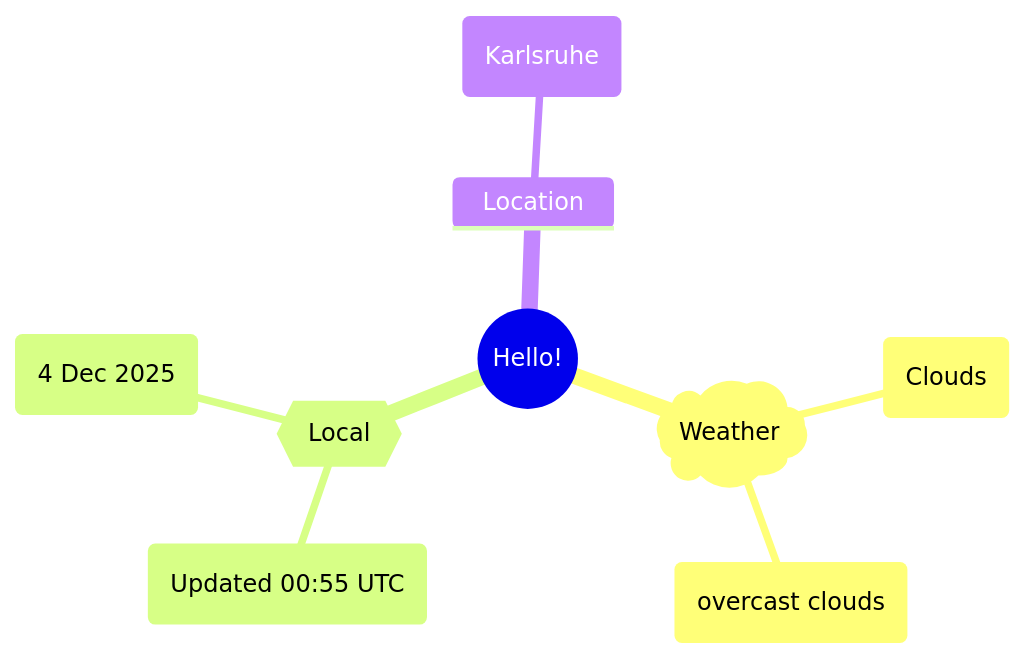
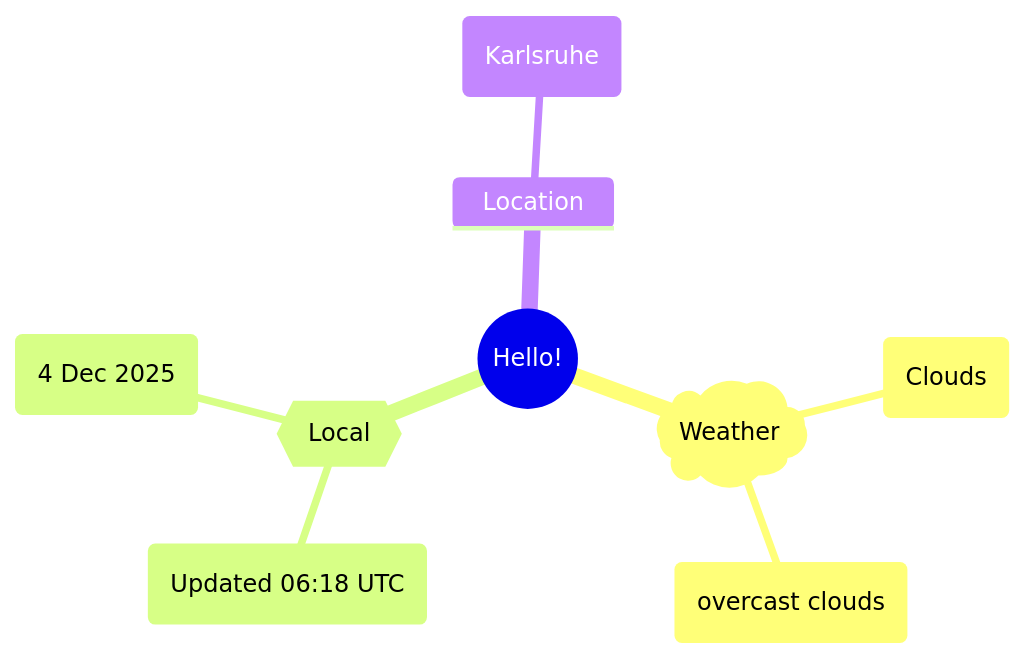
The first of 2 diagrams in README.md (Xosrov/Xosrov), drawn with Mermaid before and after one commit.

Commit message:
[bot] updated images

````diff
--- a/README.md
+++ b/README.md
@@ -3,12 +3,12 @@
 ```mermaid
 mindmap
   root((Hello!))
     )Weather(
         (Clouds)
         (overcast clouds)
     {{Local}}
-        (Updated 00:55 UTC)
+        (Updated 06:18 UTC)
         (4 Dec 2025)
     Location
         (Karlsruhe)
 ```
````
